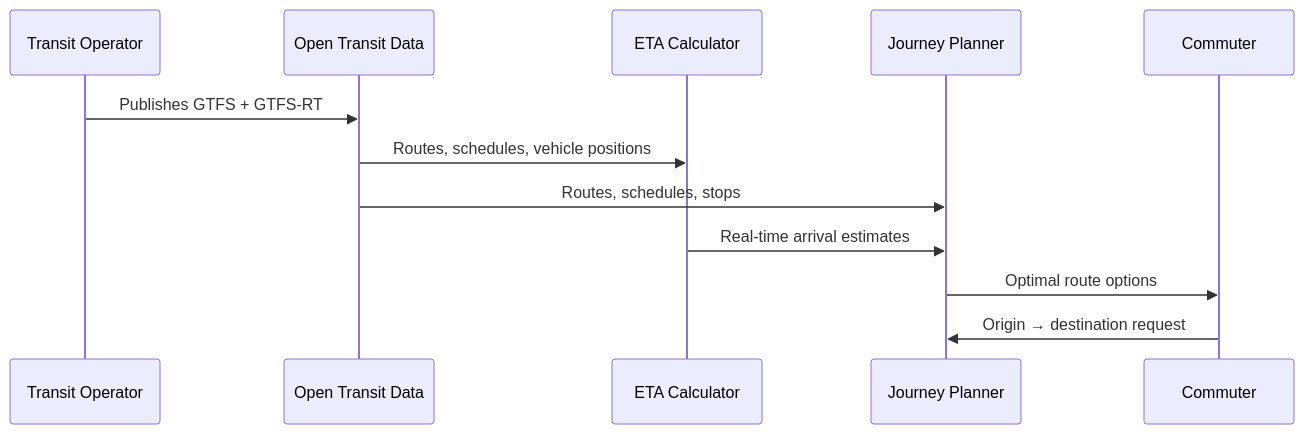
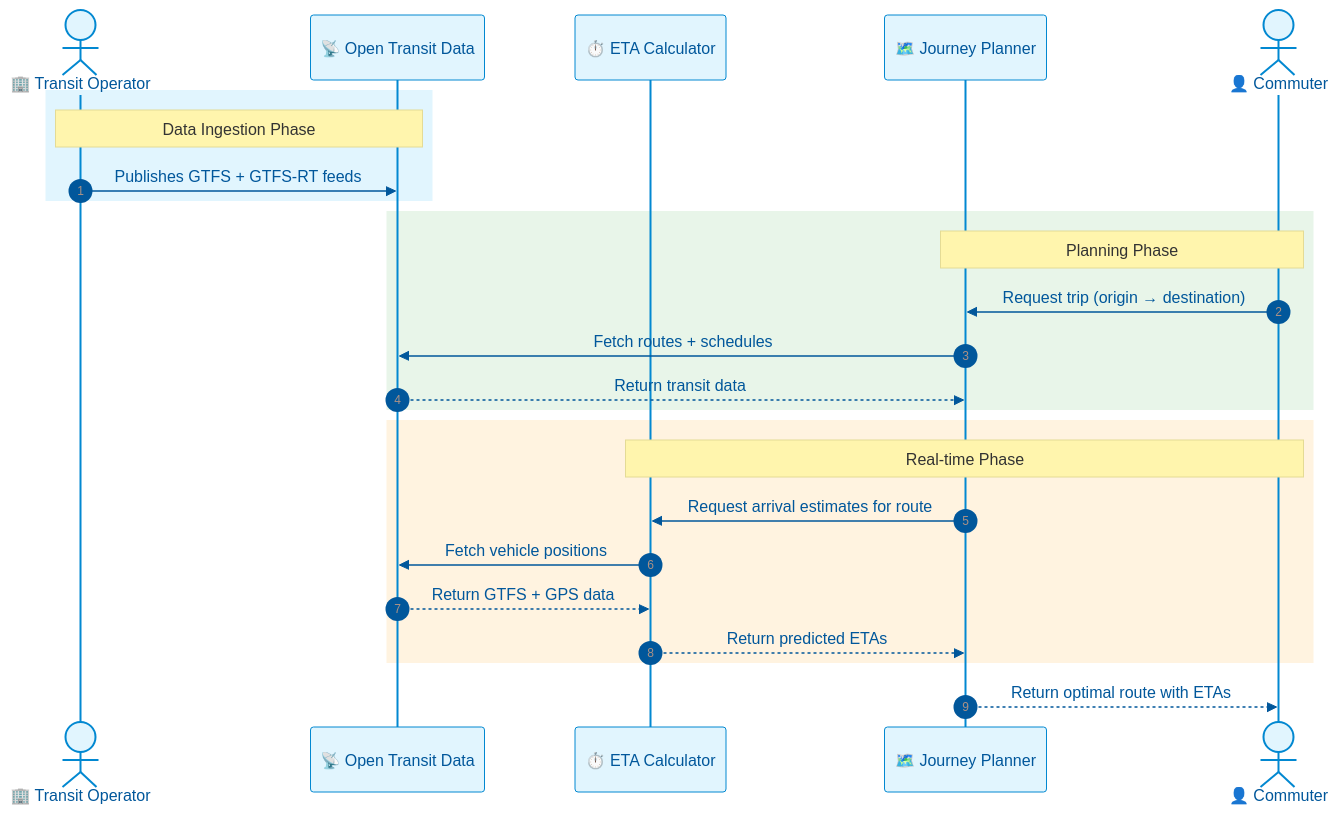
One commit to transport-stack/wiki-transport-stack changed the third of 4 diagrams in docs/architecture/overview.md. Above: the diagram before and after it, drawn with Mermaid. The commit also changed other lines of this file, not shown here.

Commit message:
docs: add color themes, icons, and styled shapes to all Mermaid diagrams

````diff
--- a/docs/architecture/overview.md
+++ b/docs/architecture/overview.md
@@ -159,15 +169,32 @@
 ```mermaid
+%%{init: {'theme': 'base', 'themeVariables': { 'primaryColor': '#e1f5fe', 'primaryTextColor': '#01579b', 'primaryBorderColor': '#0288d1', 'lineColor': '#546e7a', 'secondaryColor': '#e8f5e9', 'tertiaryColor': '#fff3e0', 'fontFamily': 'Inter, sans-serif', 'fontSize': '14px' }}}%%
 sequenceDiagram
-    participant PTO as Transit Operator
-    participant OTD as Open Transit Data
-    participant ETA as ETA Calculator
-    participant JP as Journey Planner
-    participant C as Commuter
+    autonumber
+    actor PTO as 🏢 Transit Operator
+    participant OTD as 📡 Open Transit Data
+    participant ETA as ⏱️ ETA Calculator
+    participant JP as 🗺️ Journey Planner
+    actor C as 👤 Commuter
 
-    PTO->>OTD: Publishes GTFS + GTFS-RT
-    OTD->>ETA: Routes, schedules, vehicle positions
-    OTD->>JP: Routes, schedules, stops
-    ETA->>JP: Real-time arrival estimates
-    JP->>C: Optimal route options
-    C->>JP: Origin → destination request
+    rect rgb(225, 245, 254)
+        Note over PTO,OTD: Data Ingestion Phase
+        PTO->>OTD: Publishes GTFS + GTFS-RT feeds
+    end
+
+    rect rgb(232, 245, 233)
+        Note over C,JP: Planning Phase
+        C->>JP: Request trip (origin → destination)
+        JP->>OTD: Fetch routes + schedules
+        OTD-->>JP: Return transit data
+    end
+
+    rect rgb(255, 243, 224)
+        Note over C,ETA: Real-time Phase
+        JP->>ETA: Request arrival estimates for route
+        ETA->>OTD: Fetch vehicle positions
+        OTD-->>ETA: Return GTFS + GPS data
+        ETA-->>JP: Return predicted ETAs
+    end
+
+    JP-->>C: Return optimal route with ETAs
 ```
````
